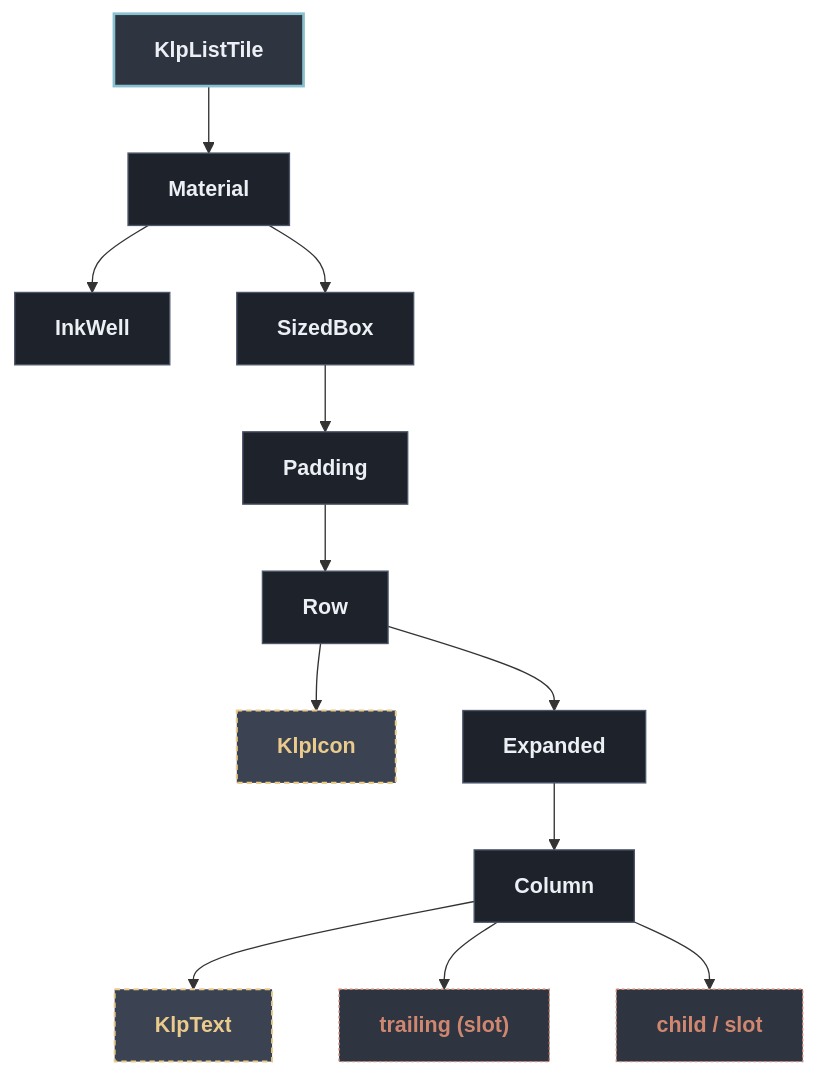
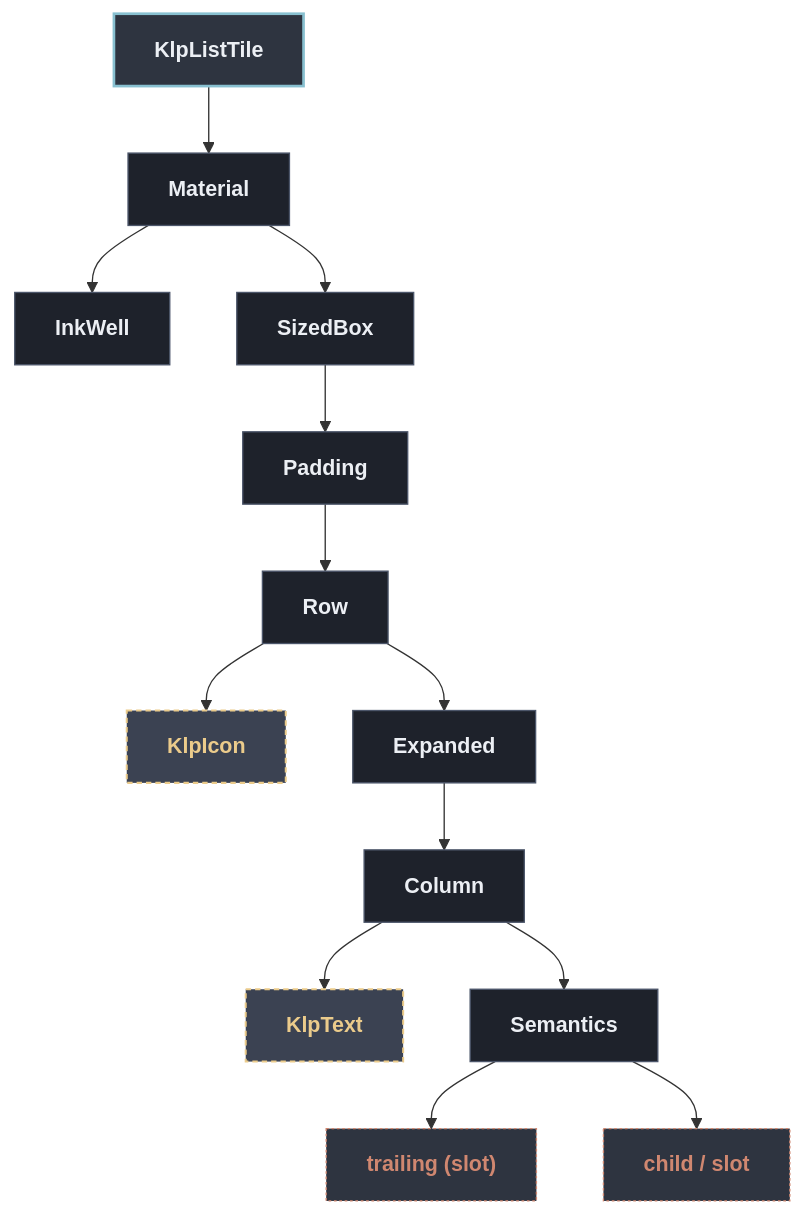
One commit to MiuDog/Kallopis changed the diagram in docs/architecture/components/data/klp_list_tile.md. Above: the diagram before and after it, drawn with Mermaid. The commit also changed other lines of this file and 1105 other files, not shown here.

Commit message:
refactor: establish semantic design architecture

````diff
--- a/docs/architecture/components/data/klp_list_tile.md
+++ b/docs/architecture/components/data/klp_list_tile.md
@@ -13,32 +13,34 @@
 ```mermaid
 flowchart TD
   classDef default fill:#1E222B,stroke:#4C566A,stroke-width:1px,color:#ECEFF4;
   classDef root fill:#2E3440,stroke:#88C0D0,stroke-width:2px,color:#ECEFF4,font-weight:bold;
   classDef reference fill:#3B4252,stroke:#EBCB8B,stroke-width:1.5px,stroke-dasharray: 4 3,color:#EBCB8B;
   classDef container fill:#2E3440,stroke:#A3BE8C,stroke-width:1.5px,color:#A3BE8C;
   classDef slot fill:#2E3440,stroke:#D08770,stroke-width:1px,stroke-dasharray: 2 2,color:#D08770;
 
   root["KlpListTile"]:::root
   n1["Material"]
   root --> n1
   n2["InkWell"]
   n1 --> n2
   n3["SizedBox"]
   n1 --> n3
   n4["Padding"]
   n3 --> n4
   n5["Row"]
   n4 --> n5
   n6["KlpIcon"]:::reference
   n5 --> n6
   n7["Expanded"]
   n5 --> n7
   n8["Column"]
   n7 --> n8
   n9["KlpText"]:::reference
   n8 --> n9
-  n10["trailing (slot)"]:::slot
+  n10["Semantics"]
   n8 --> n10
-  n11["child / slot"]:::slot
-  n8 --> n11
+  n11["trailing (slot)"]:::slot
+  n10 --> n11
+  n12["child / slot"]:::slot
+  n10 --> n12
 ```
````
